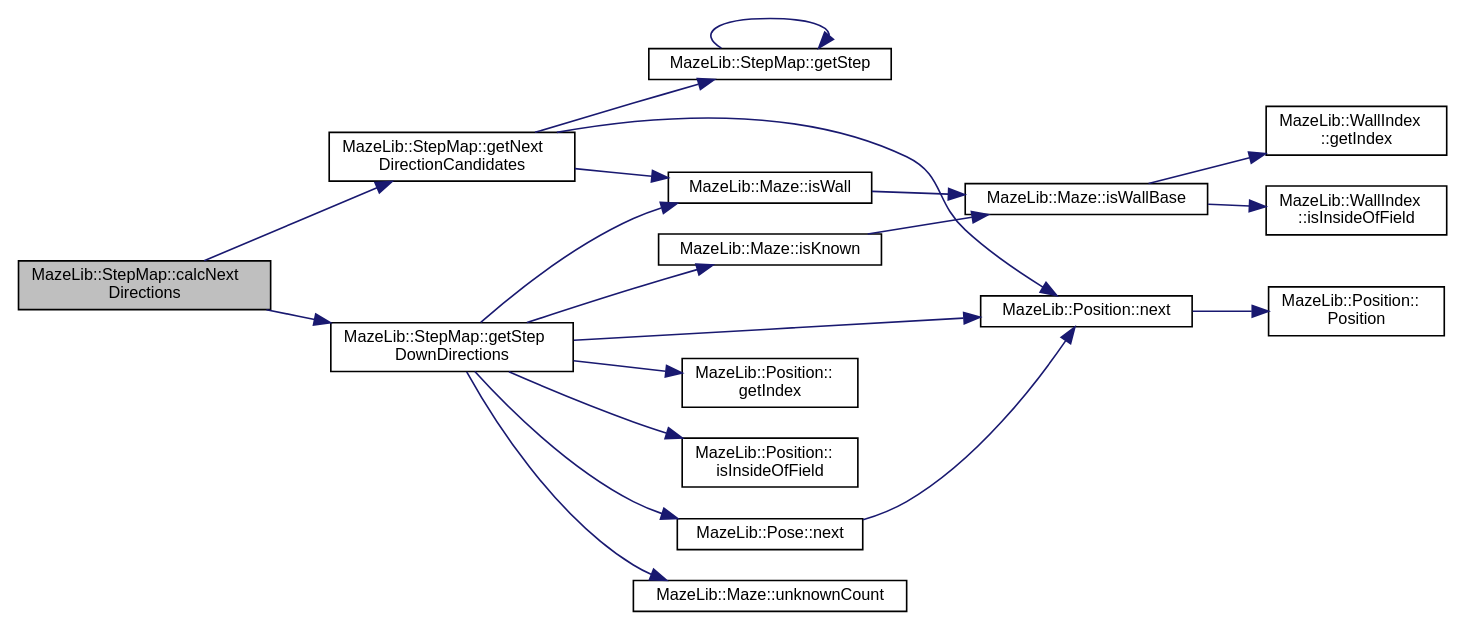
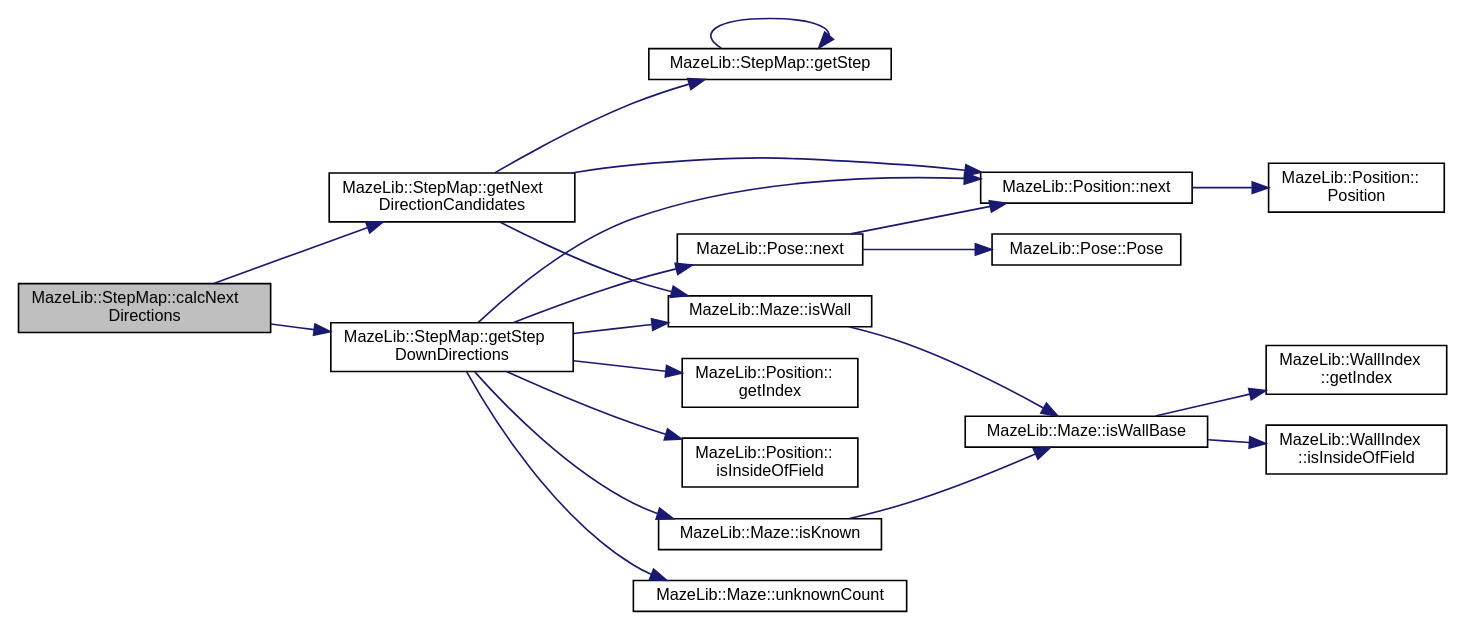
The diagram in d9/da9/classMazeLib_1_1StepMap_adacb549c46e7464ddc9a69add9e16443_cgraph.dot (kerikun11/micromouse-maze-library), drawn with Graphviz before and after one commit. The commit also changed 146 other files, not shown here.

```diff
--- a/d9/da9/classMazeLib_1_1StepMap_adacb549c46e7464ddc9a69add9e16443_cgraph.dot
+++ b/d9/da9/classMazeLib_1_1StepMap_adacb549c46e7464ddc9a69add9e16443_cgraph.dot
@@ -1,41 +1,43 @@
 digraph "MazeLib::StepMap::calcNextDirections"
 {
  // LATEX_PDF_SIZE
   edge [fontname="Helvetica",fontsize="10",labelfontname="Helvetica",labelfontsize="10"];
   node [fontname="Helvetica",fontsize="10",shape=record];
   rankdir="LR";
   Node1 [label="MazeLib::StepMap::calcNext\lDirections",height=0.2,width=0.4,color="black", fillcolor="grey75", style="filled", fontcolor="black",tooltip="ステップマップから次に行くべき方向を計算する関数"];
   Node1 -> Node2 [color="midnightblue",fontsize="10",style="solid",fontname="Helvetica"];
   Node2 [label="MazeLib::StepMap::getNext\lDirectionCandidates",height=0.2,width=0.4,color="black", fillcolor="white", style="filled",URL="$d9/da9/classMazeLib_1_1StepMap.html#ac277a78faec8d3d924dabcaa7a7b69ed",tooltip="引数区画の周囲の未知壁の確認優先順位を生成する関数"];
   Node2 -> Node3 [color="midnightblue",fontsize="10",style="solid",fontname="Helvetica"];
   Node3 [label="MazeLib::StepMap::getStep",height=0.2,width=0.4,color="black", fillcolor="white", style="filled",URL="$d9/da9/classMazeLib_1_1StepMap.html#a637f3f49d407fb3cc1b66dab75c95dea",tooltip="ステップの取得"];
   Node3 -> Node3 [color="midnightblue",fontsize="10",style="solid",fontname="Helvetica"];
   Node2 -> Node4 [color="midnightblue",fontsize="10",style="solid",fontname="Helvetica"];
   Node4 [label="MazeLib::Maze::isWall",height=0.2,width=0.4,color="black", fillcolor="white", style="filled",URL="$d8/d25/classMazeLib_1_1Maze.html#aefe7c86cad9db92885a6f6eda52b04d0",tooltip="壁の有無を返す"];
   Node4 -> Node5 [color="midnightblue",fontsize="10",style="solid",fontname="Helvetica"];
   Node5 [label="MazeLib::Maze::isWallBase",height=0.2,width=0.4,color="black", fillcolor="white", style="filled",URL="$d8/d25/classMazeLib_1_1Maze.html#a221de846e39eb32863a2b24ab9543560",tooltip="壁の確認のベース関数。迷路外を参照すると壁ありと返す。"];
   Node5 -> Node6 [color="midnightblue",fontsize="10",style="solid",fontname="Helvetica"];
   Node6 [label="MazeLib::WallIndex\l::getIndex",height=0.2,width=0.4,color="black", fillcolor="white", style="filled",URL="$d6/d8d/structMazeLib_1_1WallIndex.html#a28d5ca6fe2ee32fe06a7a3d1437566ff",tooltip="迷路内の壁を一意な通し番号として表現したIDを返す。 迷路外の壁の場合未定義動作となる。"];
   Node5 -> Node7 [color="midnightblue",fontsize="10",style="solid",fontname="Helvetica"];
   Node7 [label="MazeLib::WallIndex\l::isInsideOfField",height=0.2,width=0.4,color="black", fillcolor="white", style="filled",URL="$d6/d8d/structMazeLib_1_1WallIndex.html#ab17656c4ce938f11b042e14a1f6e01ce",tooltip="壁がフィールド内か判定する関数 x,y が (0,0)と(MAZE_SIZE-1,MAZE_SIZE-1)の間かつ、z が外周上にいない"];
   Node2 -> Node8 [color="midnightblue",fontsize="10",style="solid",fontname="Helvetica"];
   Node8 [label="MazeLib::Position::next",height=0.2,width=0.4,color="black", fillcolor="white", style="filled",URL="$d0/ddc/structMazeLib_1_1Position.html#a78d3cd4841a650b5b88094075ebd1261",tooltip="自分の引数方向に隣接した区画の Position を返す"];
   Node8 -> Node9 [color="midnightblue",fontsize="10",style="solid",fontname="Helvetica"];
   Node9 [label="MazeLib::Position::\lPosition",height=0.2,width=0.4,color="black", fillcolor="white", style="filled",URL="$d0/ddc/structMazeLib_1_1Position.html#a273bddbcc328c127be9453db54707ef6",tooltip="ゼロ初期化のデフォルトコンストラクタ"];
   Node1 -> Node10 [color="midnightblue",fontsize="10",style="solid",fontname="Helvetica"];
   Node10 [label="MazeLib::StepMap::getStep\lDownDirections",height=0.2,width=0.4,color="black", fillcolor="white", style="filled",URL="$d9/da9/classMazeLib_1_1StepMap.html#af11d7b324e1cd98760f6a5fc3efa7a2a",tooltip="ステップマップにより次に行くべき方向列を生成する"];
   Node10 -> Node11 [color="midnightblue",fontsize="10",style="solid",fontname="Helvetica"];
   Node11 [label="MazeLib::Position::\lgetIndex",height=0.2,width=0.4,color="black", fillcolor="white", style="filled",URL="$d0/ddc/structMazeLib_1_1Position.html#a79c7f753702503606434d941d5d57a51",tooltip="迷路内の区画の一意な通し番号となるIDを取得する"];
   Node10 -> Node12 [color="midnightblue",fontsize="10",style="solid",fontname="Helvetica"];
   Node12 [label="MazeLib::Position::\lisInsideOfField",height=0.2,width=0.4,color="black", fillcolor="white", style="filled",URL="$d0/ddc/structMazeLib_1_1Position.html#a4cdcf2aff33d82472233488385ff9d71",tooltip="フィールド内かどうかを判定する関数"];
   Node10 -> Node13 [color="midnightblue",fontsize="10",style="solid",fontname="Helvetica"];
   Node13 [label="MazeLib::Maze::isKnown",height=0.2,width=0.4,color="black", fillcolor="white", style="filled",URL="$d8/d25/classMazeLib_1_1Maze.html#a239d960e2d48de73ffcdd48b046cc208",tooltip="壁が探索済みかを返す"];
   Node13 -> Node5 [color="midnightblue",fontsize="10",style="solid",fontname="Helvetica"];
   Node10 -> Node4 [color="midnightblue",fontsize="10",style="solid",fontname="Helvetica"];
   Node10 -> Node8 [color="midnightblue",fontsize="10",style="solid",fontname="Helvetica"];
   Node10 -> Node14 [color="midnightblue",fontsize="10",style="solid",fontname="Helvetica"];
   Node14 [label="MazeLib::Pose::next",height=0.2,width=0.4,color="black", fillcolor="white", style="filled",URL="$df/ddb/structMazeLib_1_1Pose.html#ae858274f0f1f5e3be99cf41563ed0798",tooltip="隣接姿勢の取得"];
   Node14 -> Node8 [color="midnightblue",fontsize="10",style="solid",fontname="Helvetica"];
-  Node10 -> Node15 [color="midnightblue",fontsize="10",style="solid",fontname="Helvetica"];
-  Node15 [label="MazeLib::Maze::unknownCount",height=0.2,width=0.4,color="black", fillcolor="white", style="filled",URL="$d8/d25/classMazeLib_1_1Maze.html#aa727fb0dba3e28ea5325ac4fdb87c831",tooltip="引数区画に隣接する未知壁の数を返す"];
+  Node14 -> Node15 [color="midnightblue",fontsize="10",style="solid",fontname="Helvetica"];
+  Node15 [label="MazeLib::Pose::Pose",height=0.2,width=0.4,color="black", fillcolor="white", style="filled",URL="$df/ddb/structMazeLib_1_1Pose.html#a1afb418adcd34f3d6a91fb6710e74731",tooltip=" "];
+  Node10 -> Node16 [color="midnightblue",fontsize="10",style="solid",fontname="Helvetica"];
+  Node16 [label="MazeLib::Maze::unknownCount",height=0.2,width=0.4,color="black", fillcolor="white", style="filled",URL="$d8/d25/classMazeLib_1_1Maze.html#aa727fb0dba3e28ea5325ac4fdb87c831",tooltip="引数区画に隣接する未知壁の数を返す"];
 }
```
